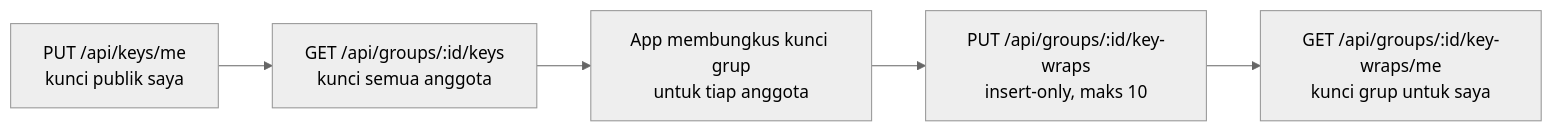
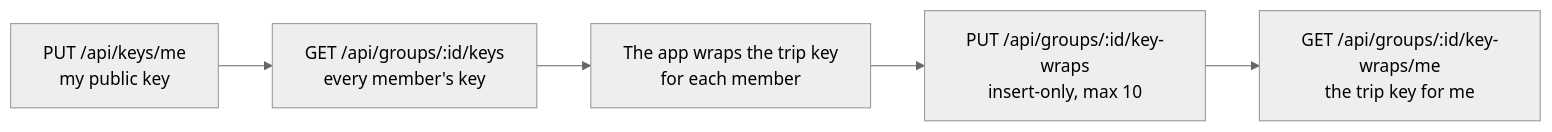
The sixth of 7 diagrams in apps/api/docs/API.md (sewunodetech/tekosoe), drawn with Mermaid (neutral theme) before and after one commit. The commit also changed other lines of this file and 24 other files, not shown here.

````diff
--- a/apps/api/docs/API.md
+++ b/apps/api/docs/API.md
@@ -193,7 +197,7 @@
 ```mermaid
 flowchart LR
-  A[PUT /api/keys/me<br/>kunci publik saya] --> B[GET /api/groups/:id/keys<br/>kunci semua anggota]
-  B --> C[App membungkus kunci grup<br/>untuk tiap anggota]
-  C --> D[PUT /api/groups/:id/key-wraps<br/>insert-only, maks 10]
-  D --> E[GET /api/groups/:id/key-wraps/me<br/>kunci grup untuk saya]
+  A[PUT /api/keys/me<br/>my public key] --> B[GET /api/groups/:id/keys<br/>every member's key]
+  B --> C[The app wraps the trip key<br/>for each member]
+  C --> D[PUT /api/groups/:id/key-wraps<br/>insert-only, max 10]
+  D --> E[GET /api/groups/:id/key-wraps/me<br/>the trip key for me]
 ```
````
